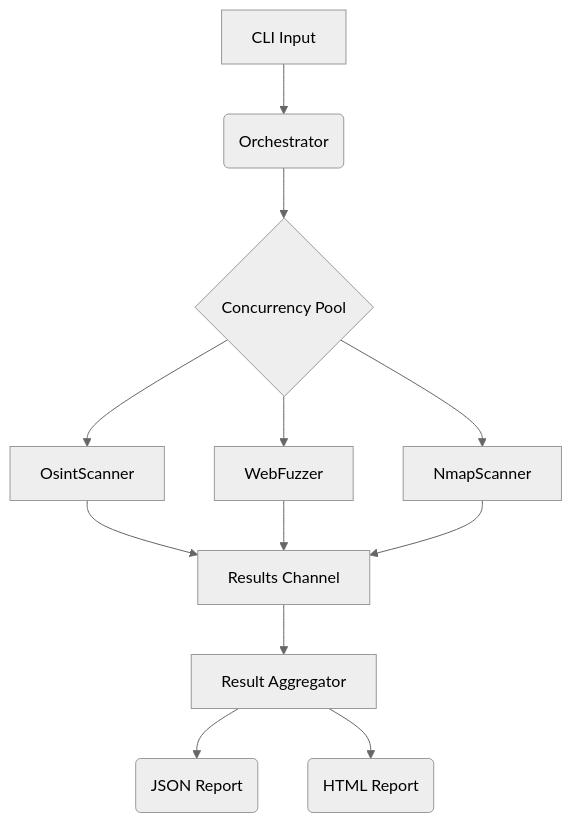
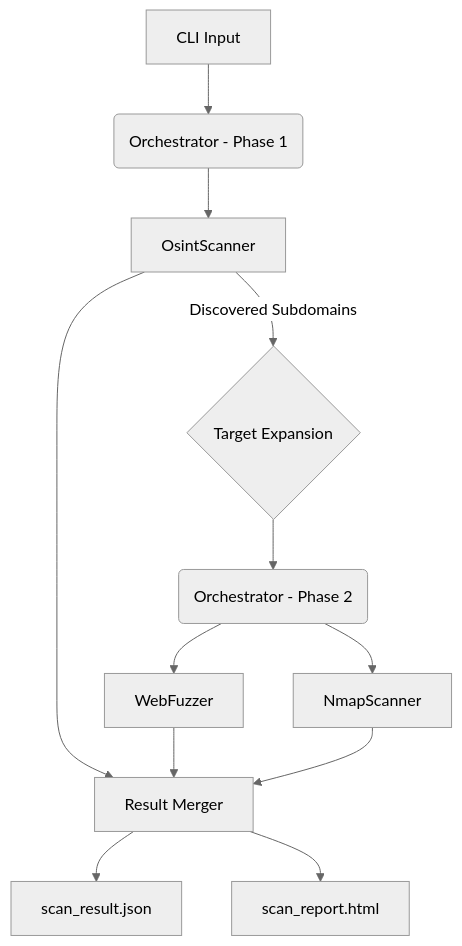
One commit to kripiman/OsintUltimate changed the diagram in README.md. Above: the diagram before and after it, drawn with Mermaid (neutral theme). The commit also changed other lines of this file and 13 other files, not shown here.

Commit message:
feat: Implement multi-phase scanning with OpenTelemetry, liveness checks, target validation, and new CLI options.

````diff
--- a/README.md
+++ b/README.md
@@ -95,14 +108,14 @@
 ```mermaid
 graph TD
-    A[CLI Input] --> B(Orchestrator)
-    B --> C{Concurrency Pool}
-    C --> D[OsintScanner]
-    C --> E[WebFuzzer]
-    C --> F[NmapScanner]
-    D --> G[Results Channel]
-    E --> G
-    F --> G
-    G --> H[Result Aggregator]
-    H --> I(JSON Report)
-    H --> J(HTML Report)
+    A[CLI Input] --> B(Orchestrator - Phase 1)
+    B --> C[OsintScanner]
+    C -- Discovered Subdomains --> D{Target Expansion}
+    D --> E(Orchestrator - Phase 2)
+    E --> F[WebFuzzer]
+    E --> G[NmapScanner]
+    C --> H[Result Merger]
+    F --> H
+    G --> H
+    H --> I[scan_result.json]
+    H --> J[scan_report.html]
 ```
````
